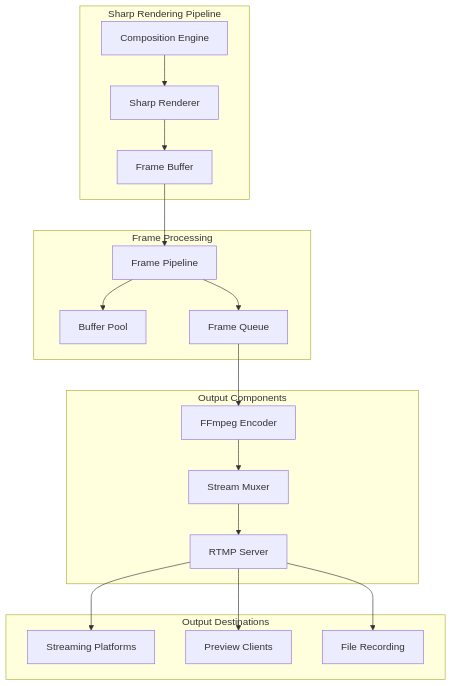
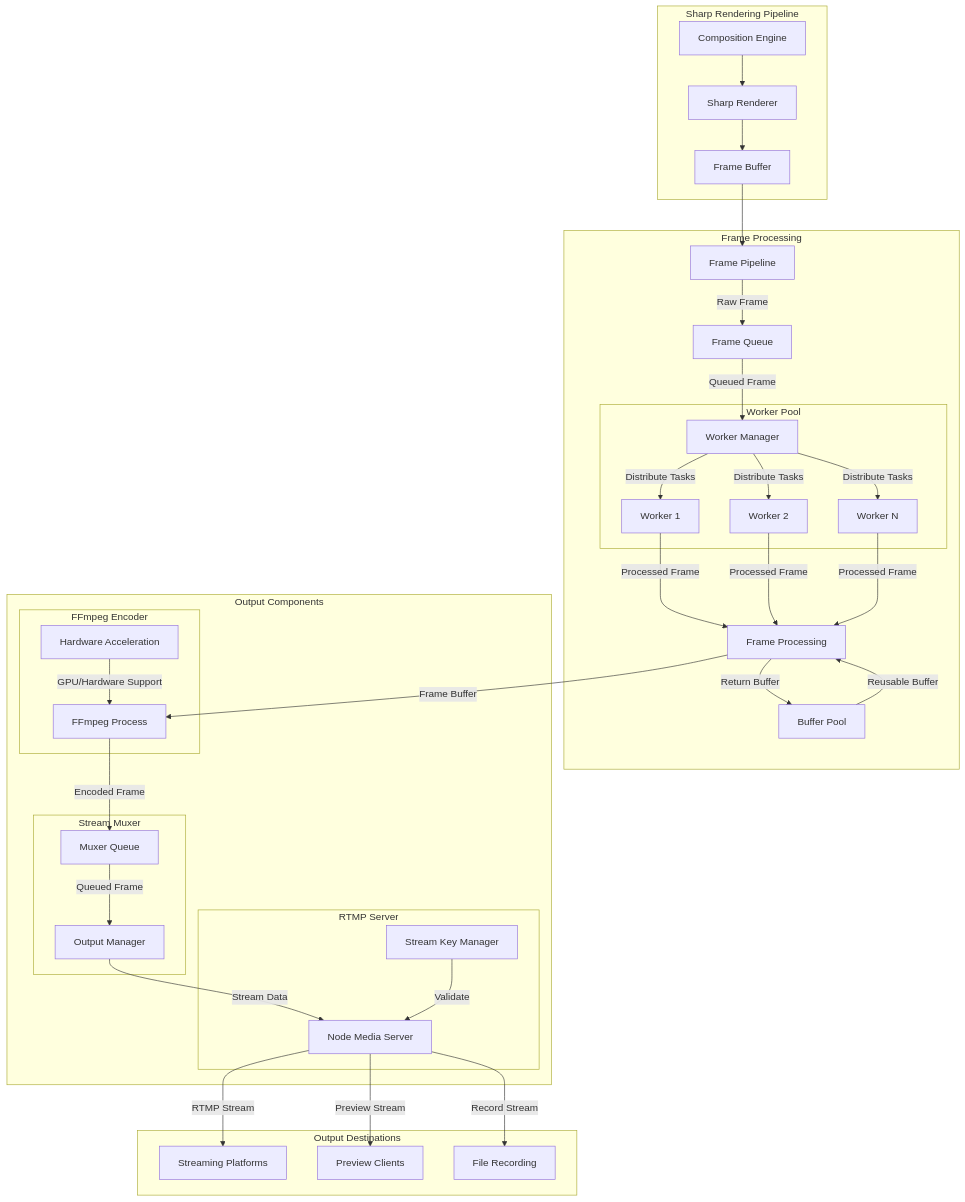
One commit to bigshellpliskin/sothebais changed the diagram in apps/stream-manager/src/streaming/README.md. Above: the diagram before and after it, drawn with Mermaid. The commit also changed 10 other files, not shown here.

First line of the commit message:
Optimize Stream Manager Components with Enhanced Performance and Metrics

````diff
--- a/apps/stream-manager/src/streaming/README.md
+++ b/apps/stream-manager/src/streaming/README.md
@@ -7,38 +7,73 @@
 ```mermaid
 graph TD
     subgraph Input ["Sharp Rendering Pipeline"]
         Composition[Composition Engine]
         SharpRenderer[Sharp Renderer]
         FrameBuffer[Frame Buffer]
     end
 
     subgraph Processing ["Frame Processing"]
         Pipeline[Frame Pipeline]
-        BufferPool[Buffer Pool]
+        
+        subgraph Workers ["Worker Pool"]
+            WorkerPool[Worker Manager]
+            Worker1[Worker 1]
+            Worker2[Worker 2]
+            WorkerN[Worker N]
+            
+            WorkerPool -->|"Distribute Tasks"| Worker1
+            WorkerPool -->|"Distribute Tasks"| Worker2
+            WorkerPool -->|"Distribute Tasks"| WorkerN
+        end
+        
+        Process[Frame Processing]
         Queue[Frame Queue]
+        Pool[Buffer Pool]
+        
+        Pipeline -->|"Raw Frame"| Queue
+        Queue -->|"Queued Frame"| WorkerPool
+        Worker1 & Worker2 & WorkerN -->|"Processed Frame"| Process
+        Pool -->|"Reusable Buffer"| Process
+        Process -->|"Return Buffer"| Pool
     end
 
-    subgraph Streaming ["Output Components"]
-        Encoder[FFmpeg Encoder]
-        Muxer[Stream Muxer]
-        RTMP[RTMP Server]
+    subgraph Output ["Output Components"]
+        subgraph Encoder ["FFmpeg Encoder"]
+            EncodeProcess[FFmpeg Process]
+            HWAccel[Hardware Acceleration]
+            
+            Process -->|"Frame Buffer"| EncodeProcess
+            HWAccel -->|"GPU/Hardware Support"| EncodeProcess
+        end
+
+        subgraph Muxer ["Stream Muxer"]
+            MuxQueue[Muxer Queue]
+            OutputMgr[Output Manager]
+            
+            EncodeProcess -->|"Encoded Frame"| MuxQueue
+            MuxQueue -->|"Queued Frame"| OutputMgr
+        end
+
+        subgraph RTMP ["RTMP Server"]
+            RTMPServer[Node Media Server]
+            StreamKeys[Stream Key Manager]
+            
+            OutputMgr -->|"Stream Data"| RTMPServer
+            StreamKeys -->|"Validate"| RTMPServer
+        end
     end
 
     subgraph Destinations ["Output Destinations"]
         Platforms[Streaming Platforms]
         Preview[Preview Clients]
         Recording[File Recording]
+        
+        RTMPServer -->|"RTMP Stream"| Platforms
+        RTMPServer -->|"Preview Stream"| Preview
+        RTMPServer -->|"Record Stream"| Recording
     end
 
     Composition --> SharpRenderer
     SharpRenderer --> FrameBuffer
     FrameBuffer --> Pipeline
-    Pipeline --> BufferPool
-    Pipeline --> Queue
-    Queue --> Encoder
-    Encoder --> Muxer
-    Muxer --> RTMP
-    RTMP --> Platforms
-    RTMP --> Preview
-    RTMP --> Recording
 ```
````
